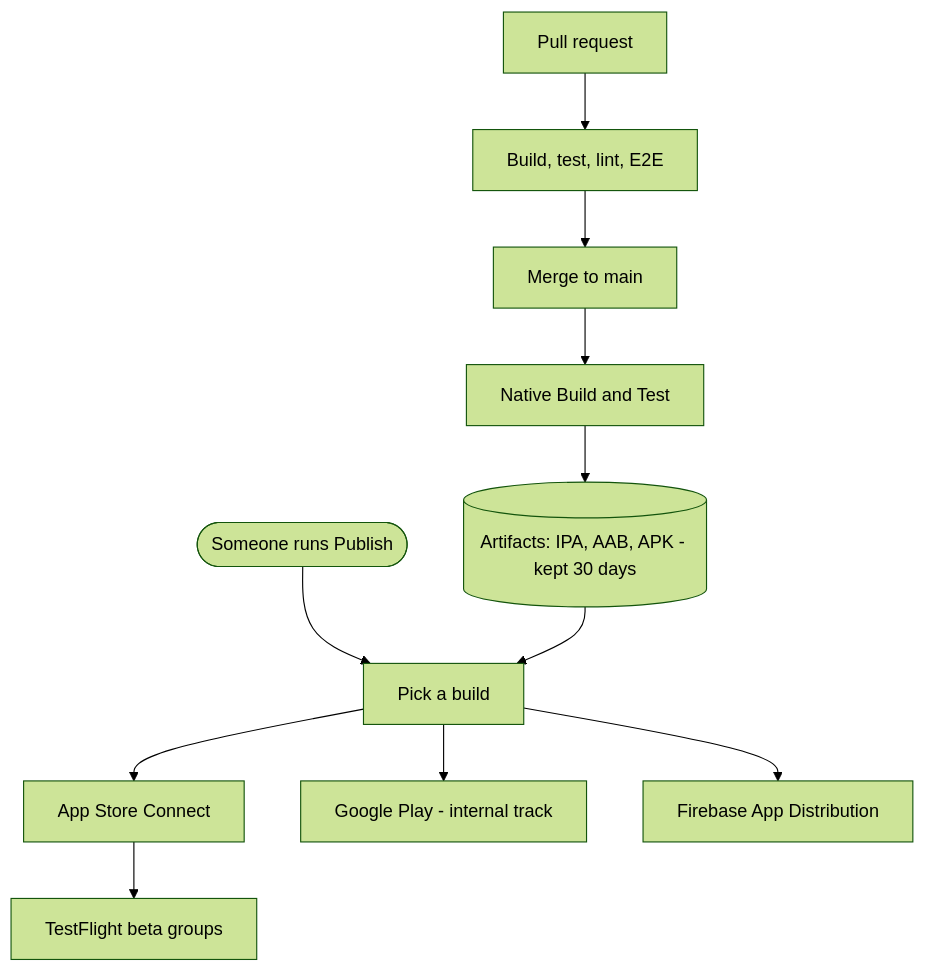
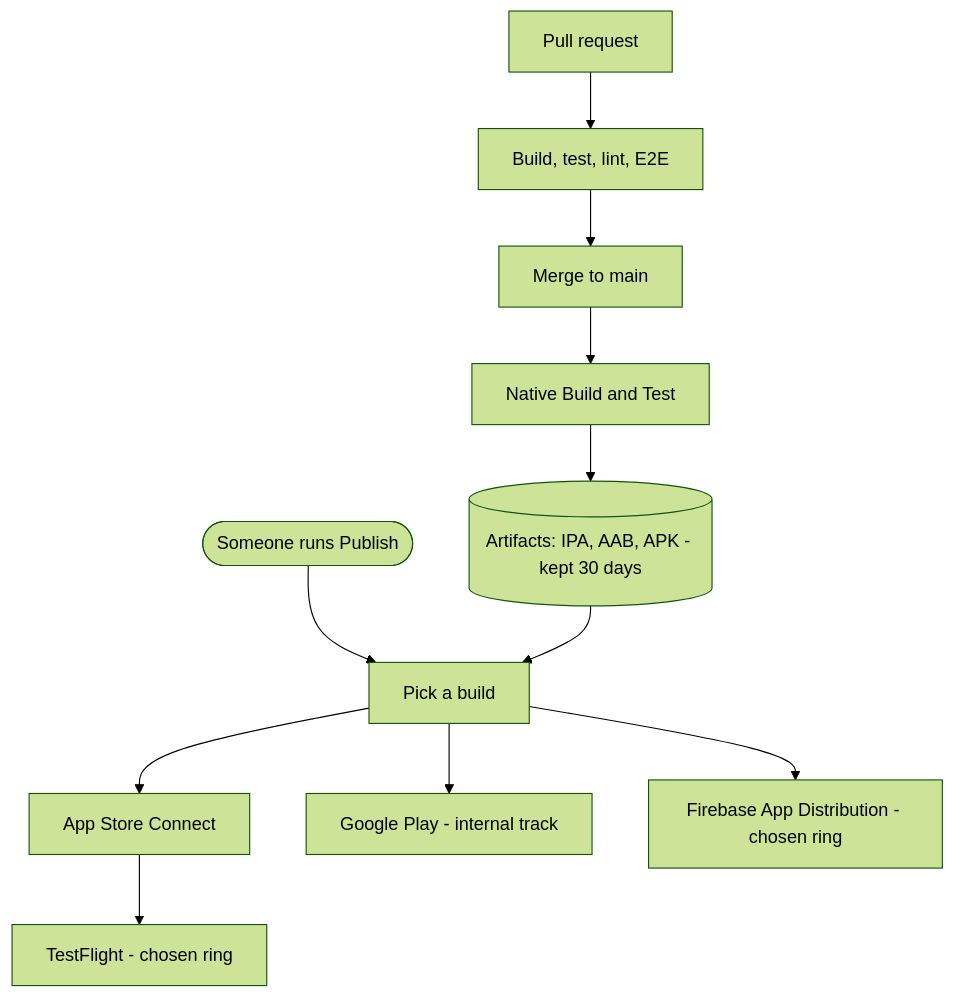
Before and after one commit to bcgov/bc-wallet-mobile: the diagram in docs/ci-cd.md, drawn with Mermaid (forest theme). The commit also changed other lines of this file and 14 other files, not shown here.

````diff
--- a/docs/ci-cd.md
+++ b/docs/ci-cd.md
@@ -9,14 +9,14 @@
 ```mermaid
 flowchart TD
     PR[Pull request] --> Q[Build, test, lint, E2E]
     Q --> M[Merge to main]
     M --> B[Native Build and Test]
     B --> A[(Artifacts: IPA, AAB, APK - kept 30 days)]
 
     H([Someone runs Publish]) --> R[Pick a build]
     A --> R
     R --> ASC[App Store Connect]
     R --> GP[Google Play - internal track]
-    R --> FB[Firebase App Distribution]
-    ASC --> TF[TestFlight beta groups]
+    R --> FB[Firebase App Distribution - chosen ring]
+    ASC --> TF[TestFlight - chosen ring]
 ```
````
